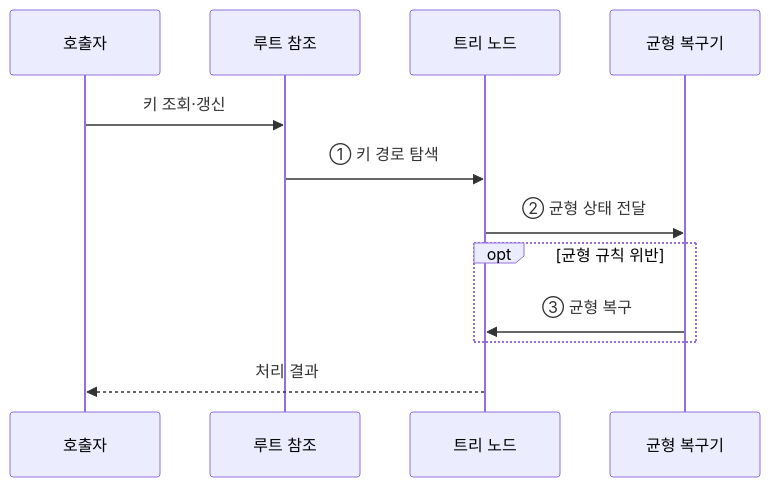
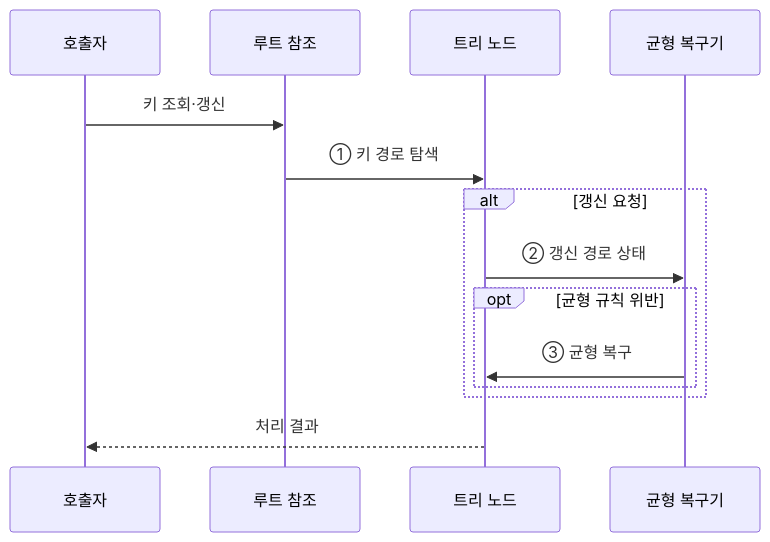
The third of 3 diagrams in src/content/docs/notes/01-basic-theory/008_tree_data_structures.md (agnusdei1207/knowledge-base), drawn with Mermaid before and after one commit. The commit also changed other lines of this file and 16 other files, not shown here.

````diff
--- a/src/content/docs/notes/01-basic-theory/008_tree_data_structures.md
+++ b/src/content/docs/notes/01-basic-theory/008_tree_data_structures.md
@@ -97,14 +101,16 @@
 ```mermaid
 sequenceDiagram
     participant Q as 호출자
     participant R as 루트 참조
     participant N as 트리 노드
     participant B as 균형 복구기
     Q->>R: 키 조회·갱신
     R->>N: ① 키 경로 탐색
-    N->>B: ② 균형 상태 전달
-    opt 균형 규칙 위반
-        B->>N: ③ 균형 복구
+    alt 갱신 요청
+        N->>B: ② 갱신 경로 상태
+        opt 균형 규칙 위반
+            B->>N: ③ 균형 복구
+        end
     end
     N-->>Q: 처리 결과
 ```
````
